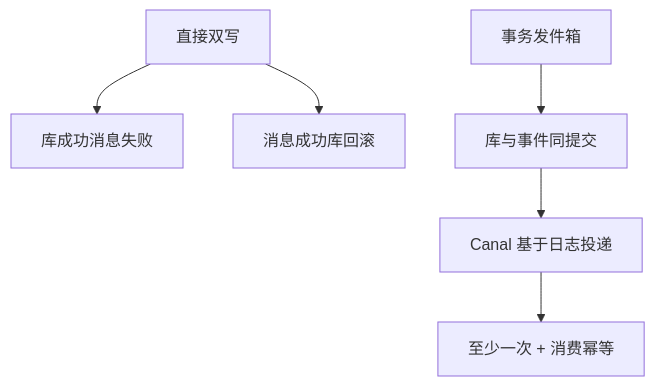
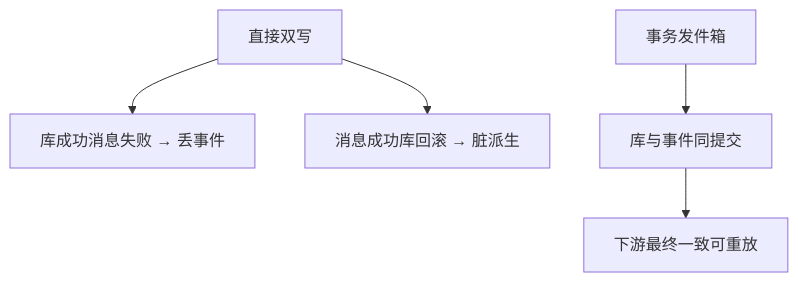
The second of 2 diagrams in docs/modules/08-事务消息-Canal-Kafka异步链路.md (bitladykiller/zhiguang_go), drawn with Mermaid before and after one commit. The commit also changed other lines of this file and 13 other files, not shown here.

````diff
--- a/docs/modules/08-事务消息-Canal-Kafka异步链路.md
+++ b/docs/modules/08-事务消息-Canal-Kafka异步链路.md
@@ -284,8 +37,7 @@
 ```mermaid
 flowchart TD
-    A[直接双写] --> B[库成功消息失败]
-    A --> C[消息成功库回滚]
+    A[直接双写] --> B[库成功消息失败 → 丢事件]
+    A --> C[消息成功库回滚 → 脏派生]
     D[事务发件箱] --> E[库与事件同提交]
-    E --> F[Canal 基于日志投递]
-    F --> G[至少一次 + 消费幂等]
+    E --> F[下游最终一致可重放]
 ```
````
